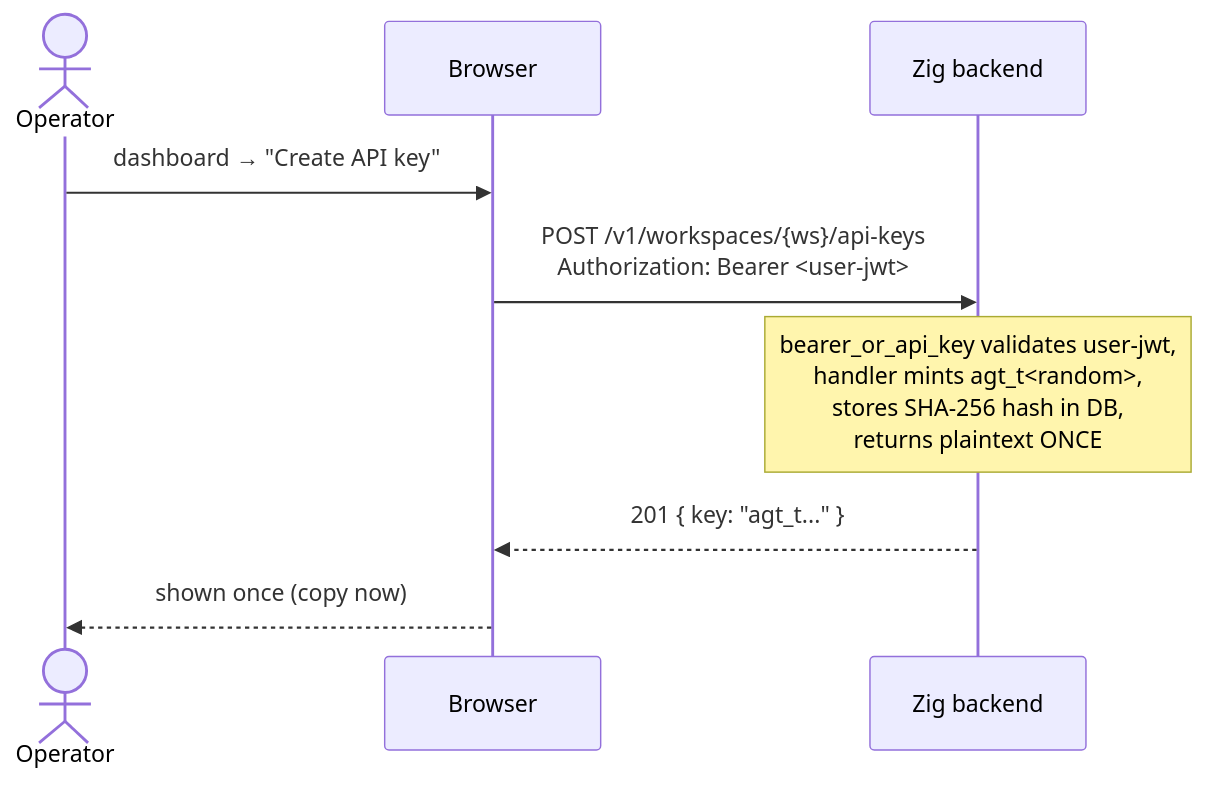
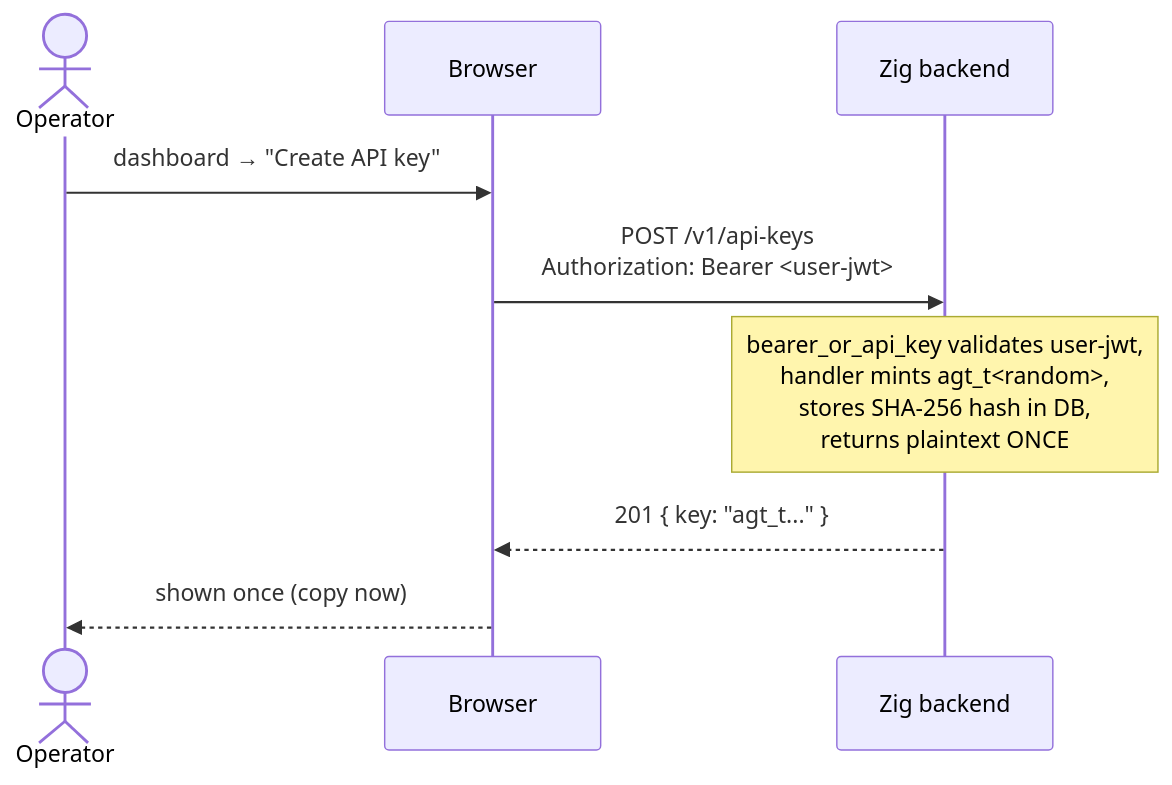
The fourth of 9 diagrams in docs/AUTH.md (agentsfleet/agentsfleet), drawn with Mermaid before and after one commit. The commit also changed other lines of this file and 15 other files, not shown here.

First line of the commit message:
docs(architecture): correct drift across architecture docs vs code

````diff
--- a/docs/AUTH.md
+++ b/docs/AUTH.md
@@ -236,12 +236,12 @@
 ```mermaid
 sequenceDiagram
     actor Operator
     participant Browser
     participant API as Zig backend
 
     Operator->>Browser: dashboard → "Create API key"
-    Browser->>API: POST /v1/workspaces/{ws}/api-keys<br/>Authorization: Bearer <user-jwt>
+    Browser->>API: POST /v1/api-keys<br/>Authorization: Bearer <user-jwt>
     Note over API: bearer_or_api_key validates user-jwt,<br/>handler mints agt_t<random>,<br/>stores SHA-256 hash in DB,<br/>returns plaintext ONCE
     API-->>Browser: 201 { key: "agt_t..." }
     Browser-->>Operator: shown once (copy now)
 ```
````
